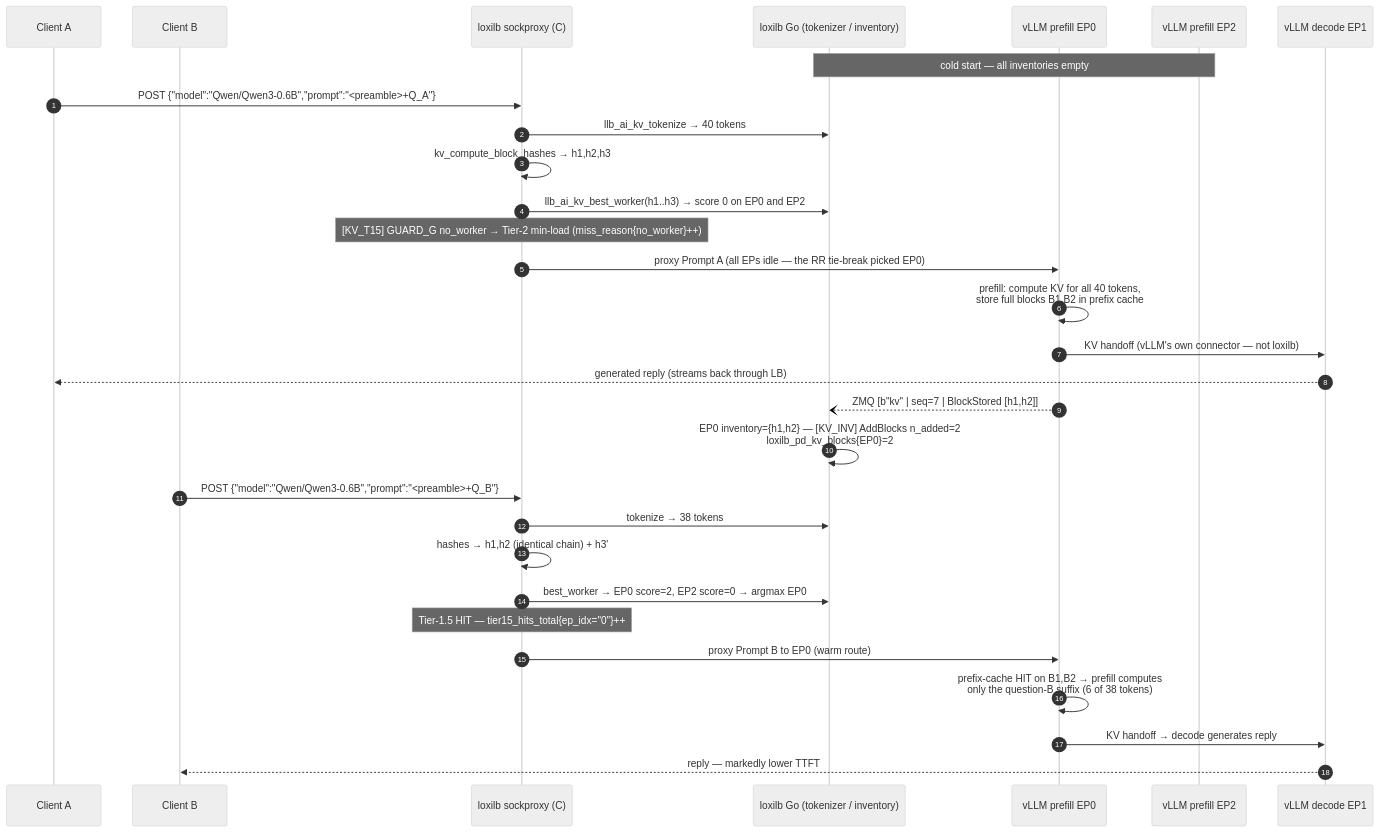
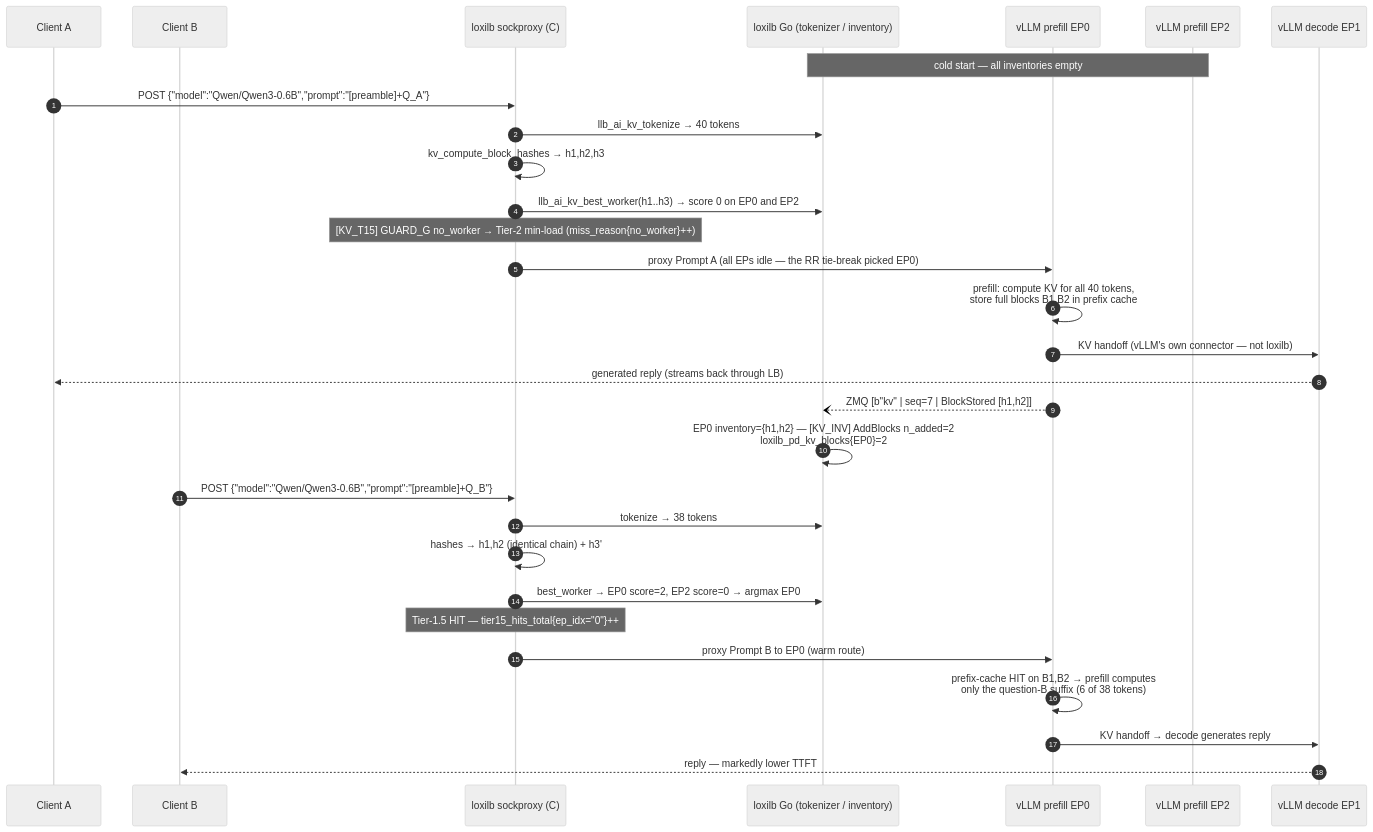
The third of 4 diagrams in docs/load-balancing/08-kv-cache-aware-routing.md (loxilb-io/loxilb-inference-gateway), drawn with Mermaid (neutral theme) before and after one commit. The commit also changed other lines of this file and 5 other files, not shown here.

````diff
--- a/docs/load-balancing/08-kv-cache-aware-routing.md
+++ b/docs/load-balancing/08-kv-cache-aware-routing.md
@@ -301,33 +301,33 @@
 ```mermaid
 sequenceDiagram
     autonumber
     participant CA as Client A
     participant CB as Client B
     participant LB as loxilb sockproxy (C)
     participant GO as loxilb Go (tokenizer / inventory)
     participant P0 as vLLM prefill EP0
     participant P2 as vLLM prefill EP2
     participant D as vLLM decode EP1
 
     Note over GO,P2: cold start — all inventories empty
-    CA->>LB: POST {"model":"Qwen/Qwen3-0.6B","prompt":"<preamble>+Q_A"}
+    CA->>LB: POST {"model":"Qwen/Qwen3-0.6B","prompt":"[preamble]+Q_A"}
     LB->>GO: llb_ai_kv_tokenize → 40 tokens
     LB->>LB: kv_compute_block_hashes → h1,h2,h3
     LB->>GO: llb_ai_kv_best_worker(h1..h3) → score 0 on EP0 and EP2
     Note over LB: [KV_T15] GUARD_G no_worker → Tier-2 min-load (miss_reason{no_worker}++)
     LB->>P0: proxy Prompt A (all EPs idle — the RR tie-break picked EP0)
     P0->>P0: prefill: compute KV for all 40 tokens,<br/>store full blocks B1,B2 in prefix cache
     P0->>D: KV handoff (vLLM's own connector — not loxilb)
     D-->>CA: generated reply (streams back through LB)
     P0--)GO: ZMQ [b"kv" | seq=7 | BlockStored [h1,h2]]
     GO->>GO: EP0 inventory={h1,h2} — [KV_INV] AddBlocks n_added=2<br/>loxilb_pd_kv_blocks{EP0}=2
-    CB->>LB: POST {"model":"Qwen/Qwen3-0.6B","prompt":"<preamble>+Q_B"}
+    CB->>LB: POST {"model":"Qwen/Qwen3-0.6B","prompt":"[preamble]+Q_B"}
     LB->>GO: tokenize → 38 tokens
     LB->>LB: hashes → h1,h2 (identical chain) + h3'
     LB->>GO: best_worker → EP0 score=2, EP2 score=0 → argmax EP0
     Note over LB: Tier-1.5 HIT — tier15_hits_total{ep_idx="0"}++
     LB->>P0: proxy Prompt B to EP0 (warm route)
     P0->>P0: prefix-cache HIT on B1,B2 → prefill computes<br/>only the question-B suffix (6 of 38 tokens)
     P0->>D: KV handoff → decode generates reply
     D-->>CB: reply — markedly lower TTFT
 ```
````
